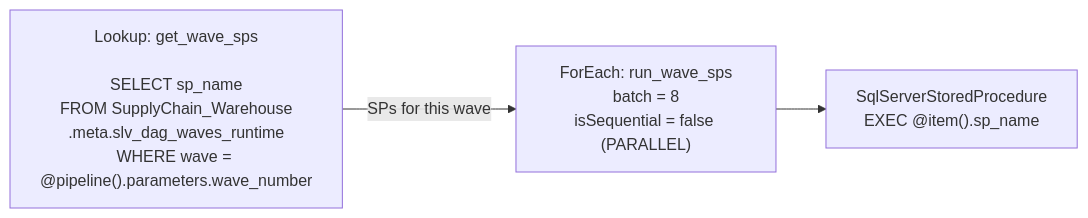
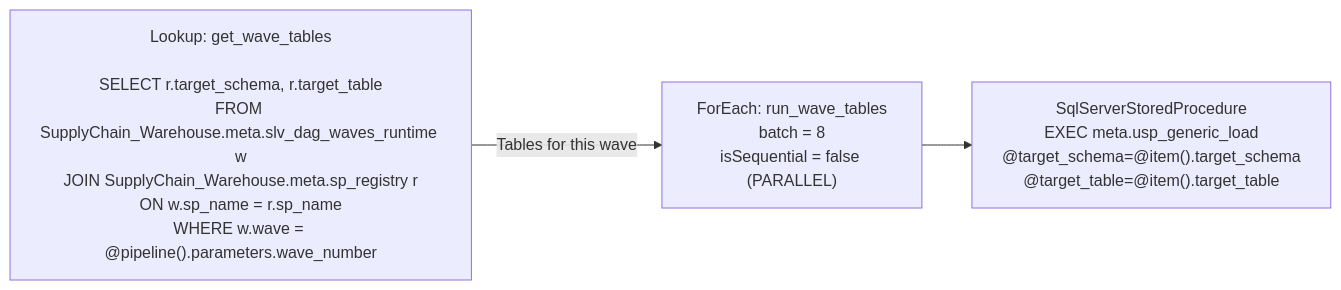
One commit to ankinguyen-engineer-2002/Fabric-v9-Warehouse-Medallion changed the fifth of 11 diagrams in Fabric_Architect/v9_architecture_supplychain.md. Above: the diagram before and after it, drawn with Mermaid. The commit also changed other lines of this file and 7 other files, not shown here.

First line of the commit message:
Generic SP migration: 28 per-table SPs → 1 meta.usp_generic_load

````diff
--- a/Fabric_Architect/v9_architecture_supplychain.md
+++ b/Fabric_Architect/v9_architecture_supplychain.md
@@ -280,11 +256,11 @@
 ```mermaid
 flowchart LR
-    L["Lookup: get_wave_sps\n\nSELECT sp_name\nFROM SupplyChain_Warehouse\n.meta.slv_dag_waves_runtime\nWHERE wave = @pipeline().parameters.wave_number"]
+    L["Lookup: get_wave_tables\n\nSELECT r.target_schema, r.target_table\nFROM SupplyChain_Warehouse.meta.slv_dag_waves_runtime w\nJOIN SupplyChain_Warehouse.meta.sp_registry r\nON w.sp_name = r.sp_name\nWHERE w.wave = @pipeline().parameters.wave_number"]
 
-    F["ForEach: run_wave_sps\nbatch = 8\nisSequential = false (PARALLEL)"]
+    F["ForEach: run_wave_tables\nbatch = 8\nisSequential = false (PARALLEL)"]
 
-    SP["SqlServerStoredProcedure\nEXEC @item().sp_name"]
+    SP["SqlServerStoredProcedure\nEXEC meta.usp_generic_load\n@target_schema=@item().target_schema\n@target_table=@item().target_table"]
 
-    L -->|"SPs for this wave"| F
+    L -->|"Tables for this wave"| F
     F --> SP
 ```
````
